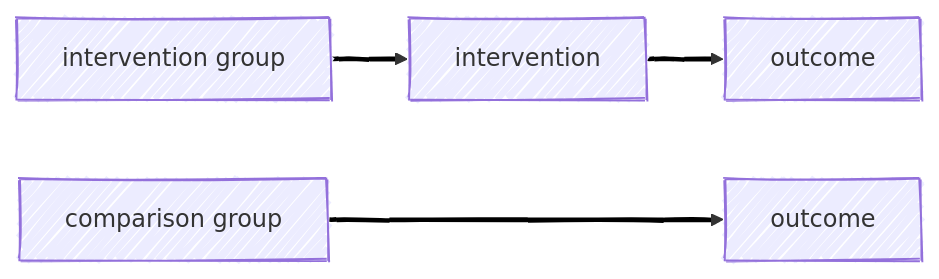
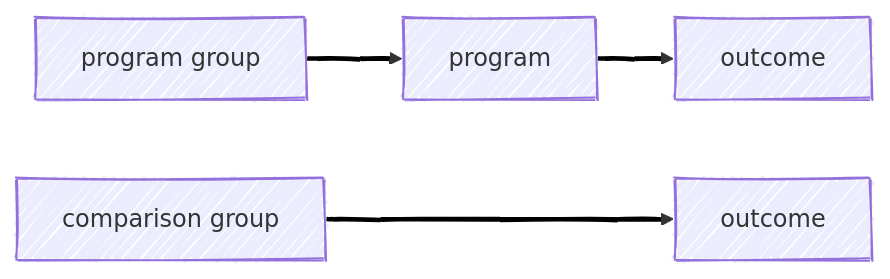
The second of 8 diagrams in multivariate/multivariate.qmd (agrogan1/closeread), drawn with Mermaid before and after one commit. The commit also changed other lines of this file and 2 other files, not shown here.

Commit message:
added classDef forestgreen; "intervention" --> "program"

````diff
--- a/multivariate/multivariate.qmd
+++ b/multivariate/multivariate.qmd
@@ -86,18 +103,18 @@
 ```{mermaid}
 ---
 config:
   look: handDrawn
   theme: default
 ---
 
 flowchart LR
 
-  interventiongroup["intervention group"] --> intervention
+  programgroup["program group"] --> program
 
-  intervention[intervention] --> outcome1[outcome]
+  program[program] --> outcome1[outcome]
 
   comparisongroup["comparison group"] ---> outcome0[outcome]
 
   linkStyle 0,1,2 stroke:#000000,stroke-width:3px,font-size:36px,color:black;
 
 ```
````
